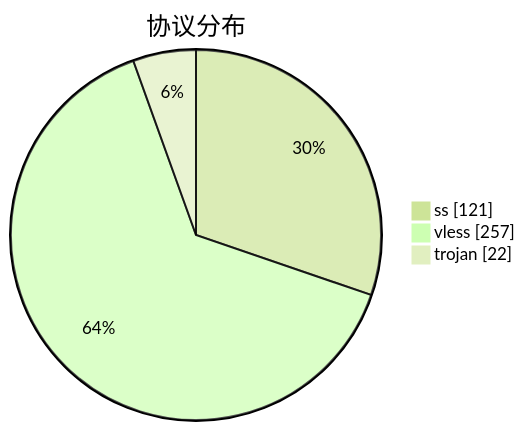
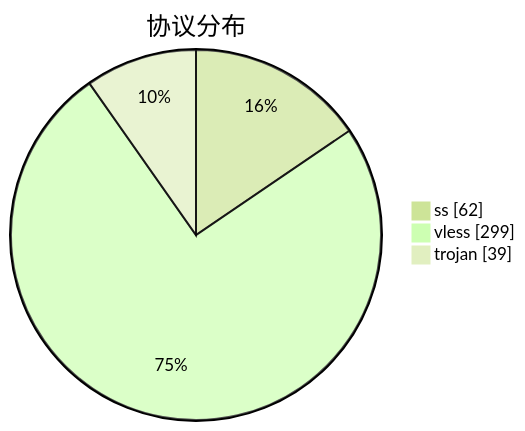
Before and after one commit to qjlxg/airport: the third of 3 diagrams in subs/statistics/tested_within.md, drawn with Mermaid (forest theme). The commit also changed other lines of this file and 2 other files, not shown here.

````diff
--- a/subs/statistics/tested_within.md
+++ b/subs/statistics/tested_within.md
@@ -18,7 +18,7 @@
 ```mermaid
 pie showData
 title 协议分布
-"ss" : 121
-"vless" : 257
-"trojan" : 22
+"ss" : 62
+"vless" : 299
+"trojan" : 39
 ```
````
